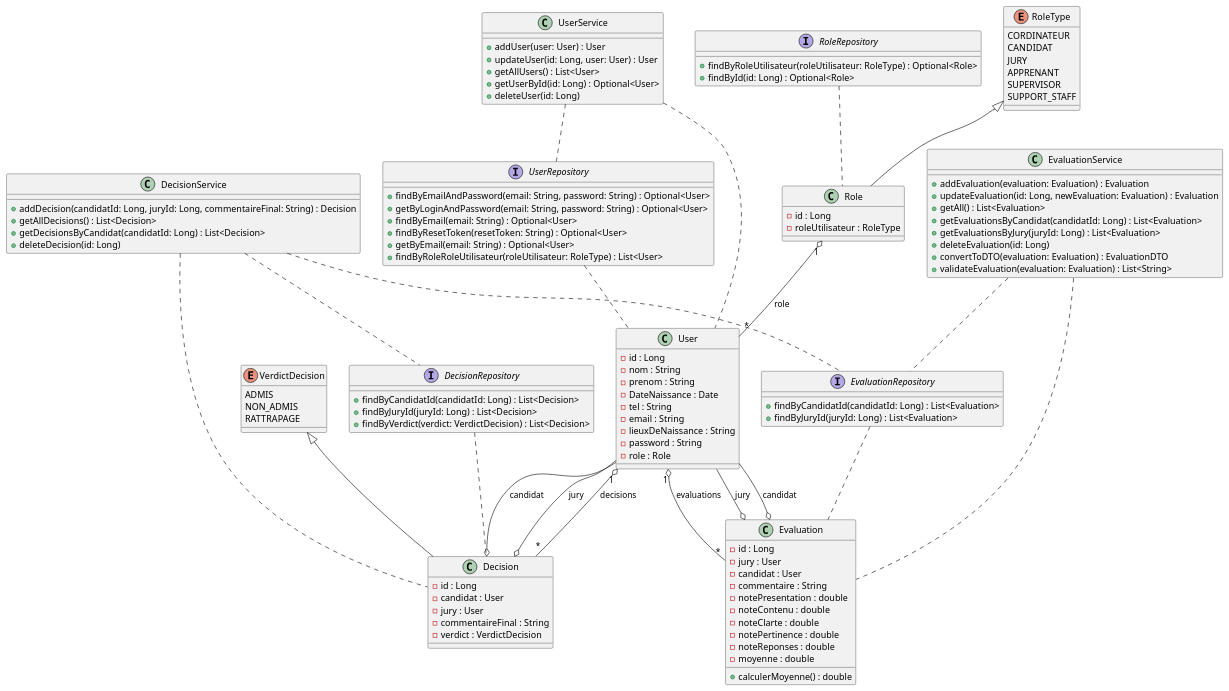
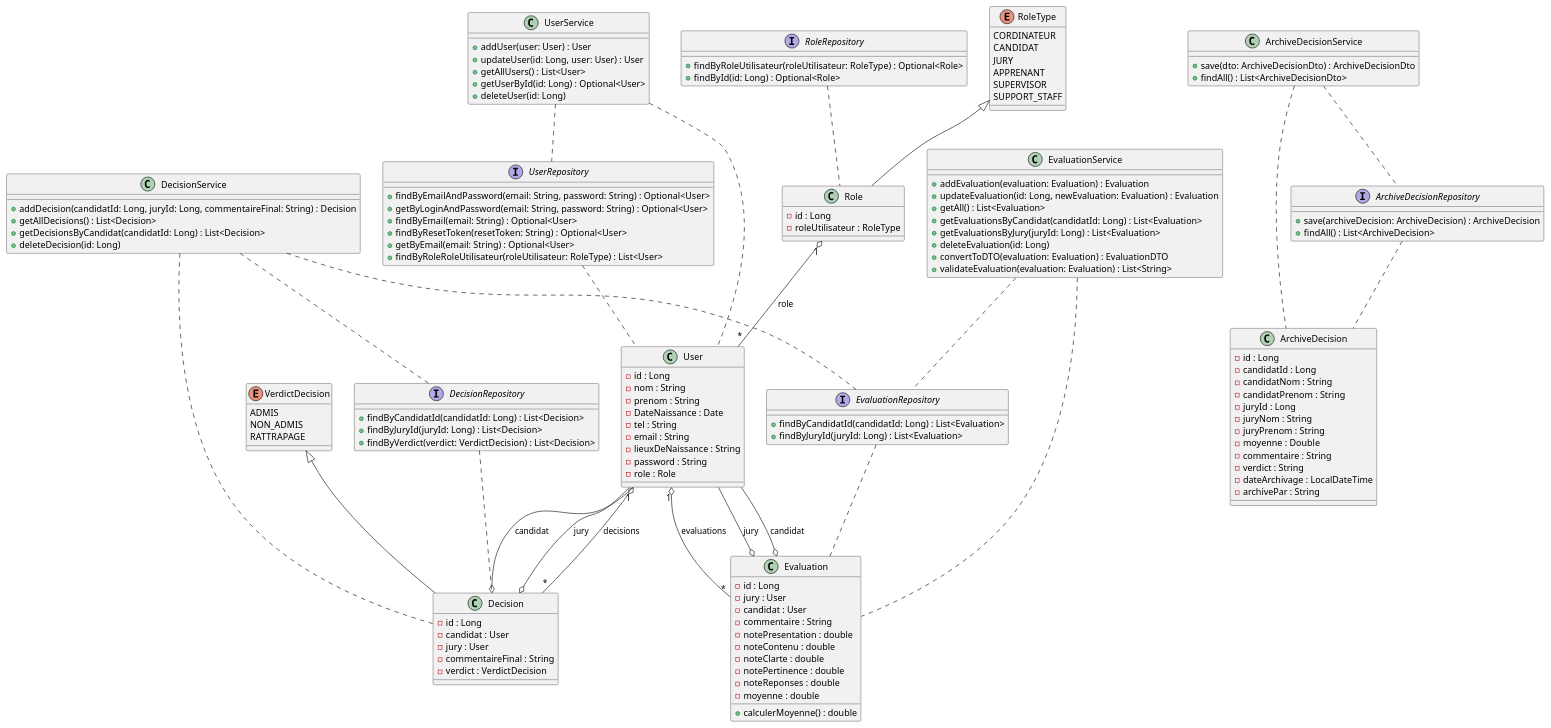
Before and after one commit to fenMel/Mastering2025: the diagram in src/diagram/diagramme.puml, drawn with PlantUML. The commit also changed 1 other file, not shown here.

Commit message:
diagrame uml

```diff
--- a/src/diagram/diagramme.puml
+++ b/src/diagram/diagramme.puml
@@ -1,138 +1,166 @@
 @startuml
 
 ' ==== ENUMS ====
 enum RoleType {
     CORDINATEUR
     CANDIDAT
     JURY
     APPRENANT
     SUPERVISOR
     SUPPORT_STAFF
 }
 enum VerdictDecision {
     ADMIS
     NON_ADMIS
     RATTRAPAGE
 }
 
 ' ==== ENTITIES ====
 class Role {
     - id : Long
     - roleUtilisateur : RoleType
 }
 
 class User {
     - id : Long
     - nom : String
     - prenom : String
     - DateNaissance : Date
     - tel : String
     - email : String
     - lieuxDeNaissance : String
     - password : String
     - role : Role
 }
 
 class Decision {
     - id : Long
     - candidat : User
     - jury : User
     - commentaireFinal : String
     - verdict : VerdictDecision
 }
 
 class Evaluation {
     - id : Long
     - jury : User
     - candidat : User
     - commentaire : String
     - notePresentation : double
     - noteContenu : double
     - noteClarte : double
     - notePertinence : double
     - noteReponses : double
     - moyenne : double
     + calculerMoyenne() : double
 }
 
+class ArchiveDecision {
+    - id : Long
+    - candidatId : Long
+    - candidatNom : String
+    - candidatPrenom : String
+    - juryId : Long
+    - juryNom : String
+    - juryPrenom : String
+    - moyenne : Double
+    - commentaire : String
+    - verdict : String
+    - dateArchivage : LocalDateTime
+    - archivePar : String
+}
+
 ' ==== REPOSITORIES ====
 interface UserRepository {
     + findByEmailAndPassword(email: String, password: String) : Optional<User>
     + getByLoginAndPassword(email: String, password: String) : Optional<User>
     + findByEmail(email: String) : Optional<User>
     + findByResetToken(resetToken: String) : Optional<User>
     + getByEmail(email: String) : Optional<User>
     + findByRoleRoleUtilisateur(roleUtilisateur: RoleType) : List<User>
 }
 
 interface RoleRepository{
     + findByRoleUtilisateur(roleUtilisateur: RoleType) : Optional<Role>
     + findById(id: Long) : Optional<Role>
 }
 
 interface DecisionRepository {
     + findByCandidatId(candidatId: Long) : List<Decision>
     + findByJuryId(juryId: Long) : List<Decision>
     + findByVerdict(verdict: VerdictDecision) : List<Decision>
 }
 
 interface EvaluationRepository {
     + findByCandidatId(candidatId: Long) : List<Evaluation>
     + findByJuryId(juryId: Long) : List<Evaluation>
+}
+
+interface ArchiveDecisionRepository {
+    + save(archiveDecision: ArchiveDecision) : ArchiveDecision
+    + findAll() : List<ArchiveDecision>
 }
 
 ' ==== SERVICES ====
 class UserService {
     + addUser(user: User) : User
     + updateUser(id: Long, user: User) : User
     + getAllUsers() : List<User>
     + getUserById(id: Long) : Optional<User>
     + deleteUser(id: Long)
 }
 
 class DecisionService {
     + addDecision(candidatId: Long, juryId: Long, commentaireFinal: String) : Decision
     + getAllDecisions() : List<Decision>
     + getDecisionsByCandidat(candidatId: Long) : List<Decision>
     + deleteDecision(id: Long)
 }
 
 class EvaluationService {
     + addEvaluation(evaluation: Evaluation) : Evaluation
     + updateEvaluation(id: Long, newEvaluation: Evaluation) : Evaluation
     + getAll() : List<Evaluation>
     + getEvaluationsByCandidat(candidatId: Long) : List<Evaluation>
     + getEvaluationsByJury(juryId: Long) : List<Evaluation>
     + deleteEvaluation(id: Long)
     + convertToDTO(evaluation: Evaluation) : EvaluationDTO
     + validateEvaluation(evaluation: Evaluation) : List<String>
 }
 
+class ArchiveDecisionService {
+    + save(dto: ArchiveDecisionDto) : ArchiveDecisionDto
+    + findAll() : List<ArchiveDecisionDto>
+}
+
 ' ==== RELATIONS ====
 RoleType <|-- Role
 VerdictDecision <|-- Decision
 
 Role "1" o-- "*" User : role
 User "1" o-- "*" Decision : decisions
 User "1" o-- "*" Evaluation : evaluations
 
 Decision o-- User : candidat
 Decision o-- User : jury
 Evaluation o-- User : jury
 Evaluation o-- User : candidat
 
 UserRepository .. User
 RoleRepository .. Role
 DecisionRepository .. Decision
 EvaluationRepository .. Evaluation
+ArchiveDecisionRepository .. ArchiveDecision
 
 UserService .. UserRepository
 DecisionService .. DecisionRepository
 DecisionService .. EvaluationRepository
 EvaluationService .. EvaluationRepository
+ArchiveDecisionService .. ArchiveDecisionRepository
 
 UserService .. User
 DecisionService .. Decision
 EvaluationService .. Evaluation
+ArchiveDecisionService .. ArchiveDecision
 
 @enduml
```
